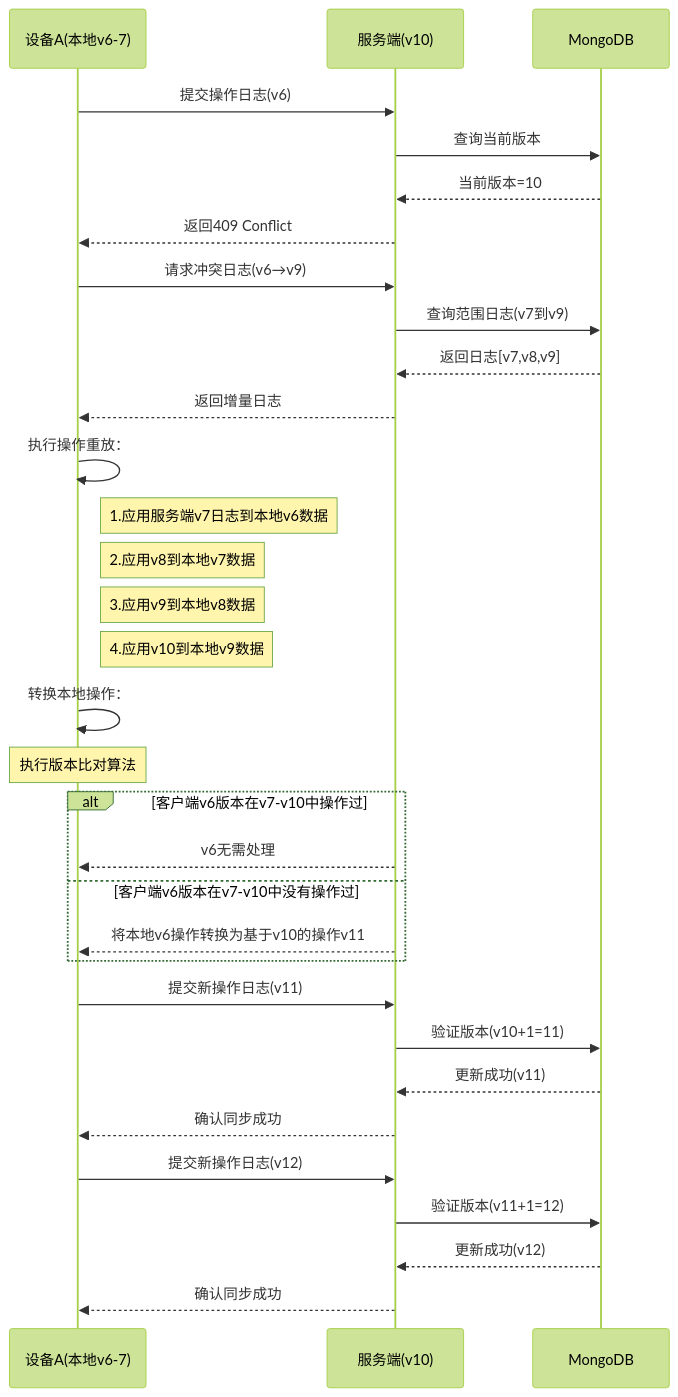
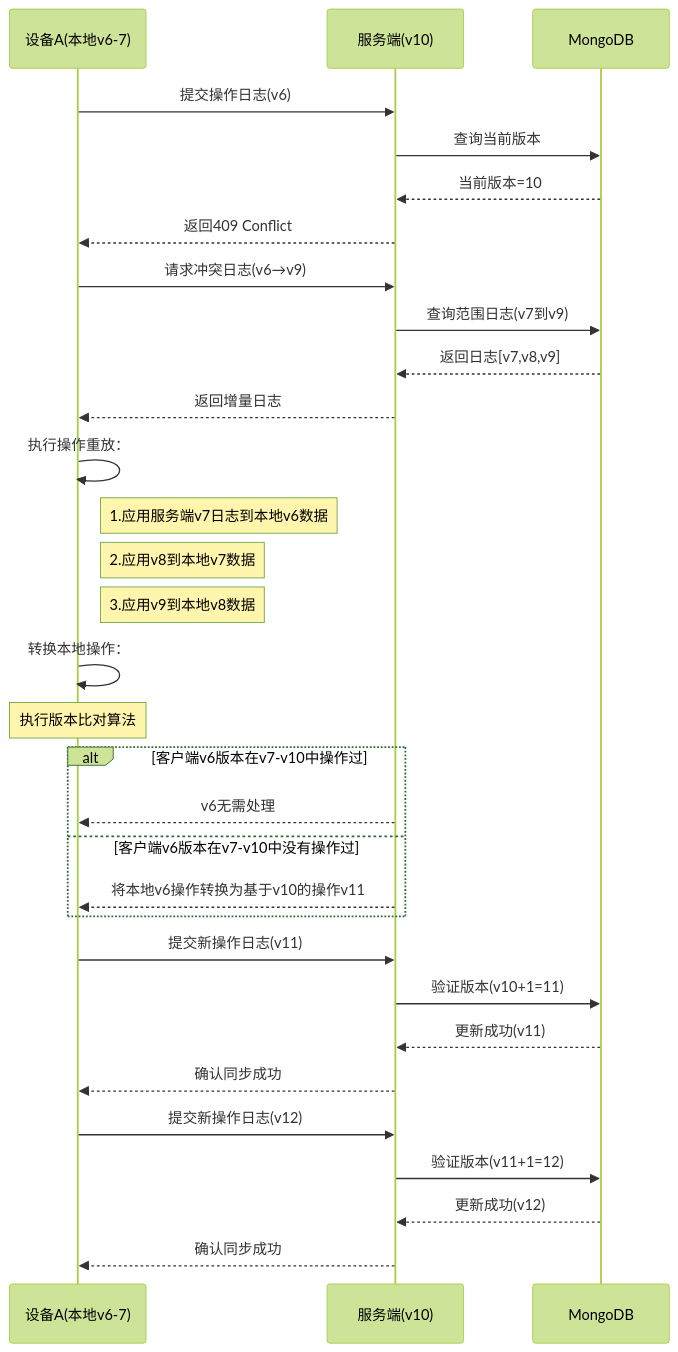
Before and after one commit to yingjianzh/iodraw-files: the diagram in all/未命名-26.md, drawn with Mermaid (forest theme).

Commit message:
2025-02-26 16:59:04 update

````diff
--- a/all/未命名-26.md
+++ b/all/未命名-26.md
@@ -1,46 +1,45 @@
 ```mermaid
 sequenceDiagram
     participant A as 设备A(本地v6-7)
     participant S as 服务端(v10)
     participant DB as MongoDB
 
     %% 初始同步尝试
     A->>S: 提交操作日志(v6)
     S->>DB: 查询当前版本
     DB-->>S: 当前版本=10
     S-->>A: 返回409 Conflict
 
     %% 冲突解决阶段
     A->>S: 请求冲突日志(v6→v9)
     S->>DB: 查询范围日志(v7到v9)
     DB-->>S: 返回日志[v7,v8,v9]
     S-->>A: 返回增量日志
 
 
     %% 本地数据重建
     A->>A: 执行操作重放：
     note right of A: 1.应用服务端v7日志到本地v6数据
     note right of A: 2.应用v8到本地v7数据
     note right of A: 3.应用v9到本地v8数据
-    note right of A: 4.应用v10到本地v9数据
 
     %% 本地操作转换
     A->>A: 转换本地操作：
     Note over A: 执行版本比对算法
     alt 客户端v6版本在v7-v10中操作过
         S-->>A: v6无需处理
     else 客户端v6版本在v7-v10中没有操作过
         S-->>A: 将本地v6操作转换为基于v10的操作v11
     end
 
     %% 重新提交
     A->>S: 提交新操作日志(v11)
     S->>DB: 验证版本(v10+1=11)
     DB-->>S: 更新成功(v11)
     S-->>A: 确认同步成功
 
     A->>S: 提交新操作日志(v12)
     S->>DB: 验证版本(v11+1=12)
     DB-->>S: 更新成功(v12)
     S-->>A: 确认同步成功
 ```
````
